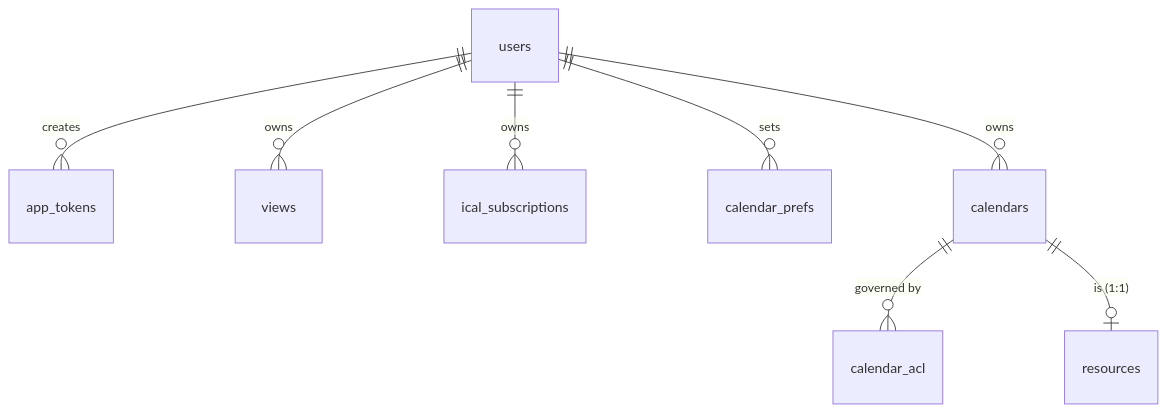
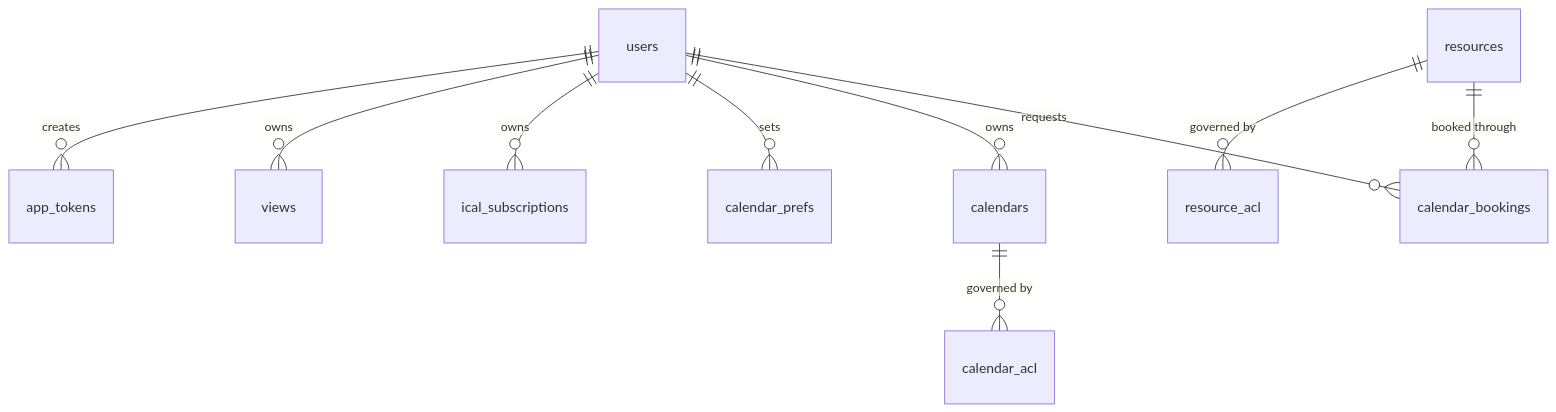
One commit to ByteSquire/web-calendar changed the second of 3 diagrams in docs/design.md. Above: the diagram before and after it, drawn with Mermaid. The commit also changed other lines of this file and 3 other files, not shown here.

````diff
--- a/docs/design.md
+++ b/docs/design.md
@@ -156,10 +156,12 @@
 ```mermaid
 erDiagram
     users ||--o{ app_tokens : creates
     users ||--o{ views : owns
     users ||--o{ ical_subscriptions : owns
     users ||--o{ calendar_prefs : sets
     users ||--o{ calendars : owns
     calendars ||--o{ calendar_acl : "governed by"
-    calendars ||--o| resources : "is (1:1)"
+    resources ||--o{ resource_acl : "governed by"
+    resources ||--o{ calendar_bookings : "booked through"
+    users ||--o{ calendar_bookings : requests
 ```
````
